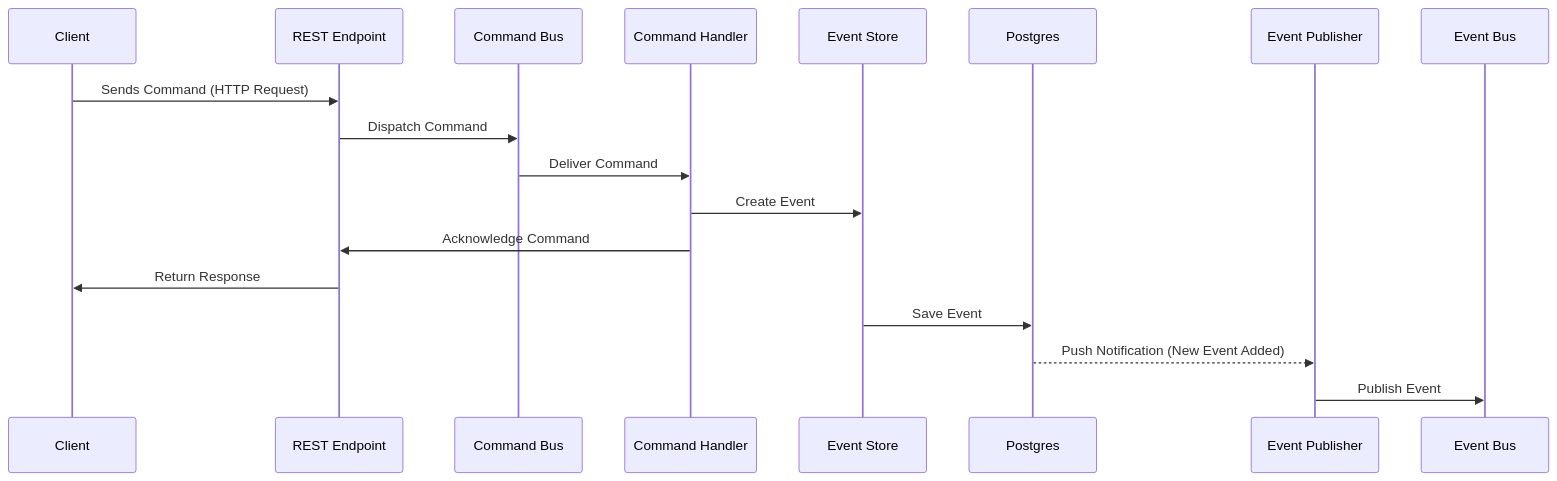
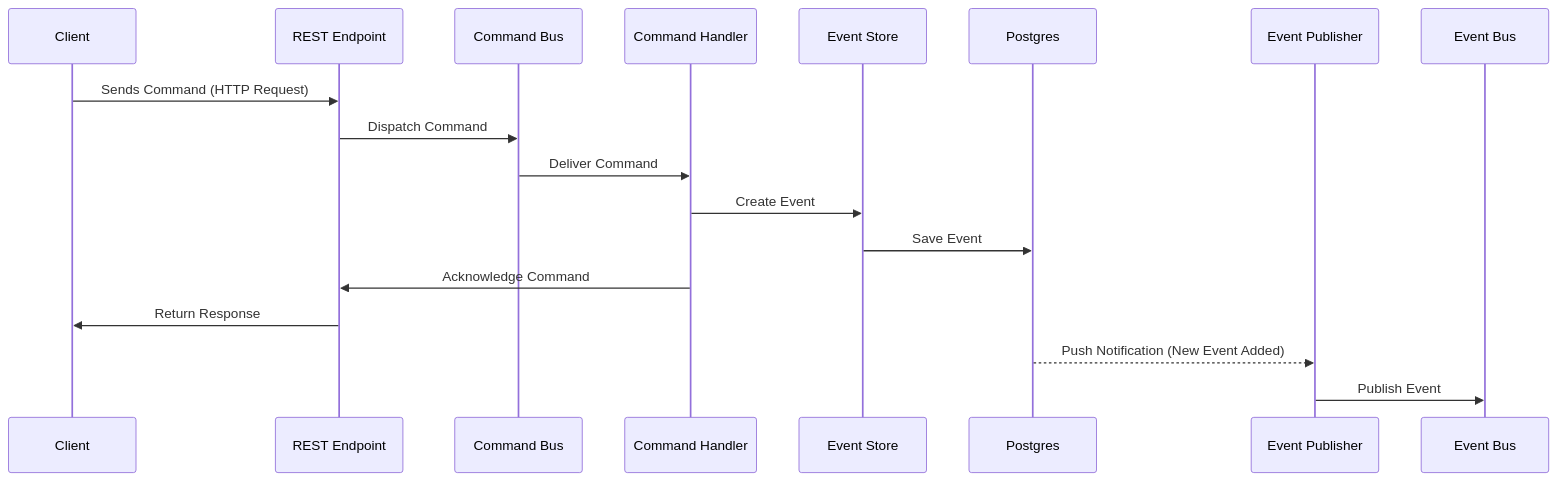
Before and after one commit to alexgs/astonishing-automata: the diagram in docs/event-store.md, drawn with Mermaid. The commit also changed other lines of this file, not shown here.

Commit message:
AA-12: Update sequence diagram

````diff
--- a/docs/event-store.md
+++ b/docs/event-store.md
@@ -5,21 +5,21 @@
 ```mermaid
 sequenceDiagram
     participant Client
     participant API as REST Endpoint
     participant CommandBus as Command Bus
     participant Handler as Command Handler
     participant EventStore as Event Store
     participant Postgres
     participant EventPublisher as Event Publisher
     participant EventBus as Event Bus
 
     Client->>API: Sends Command (HTTP Request)
     API->>CommandBus: Dispatch Command
     CommandBus->>Handler: Deliver Command
     Handler->>EventStore: Create Event
+    EventStore->>Postgres: Save Event
     Handler->>API: Acknowledge Command
     API->>Client: Return Response
-    EventStore->>Postgres: Save Event
     Postgres-->>EventPublisher: Push Notification (New Event Added)
     EventPublisher->>EventBus: Publish Event
 ```
````
